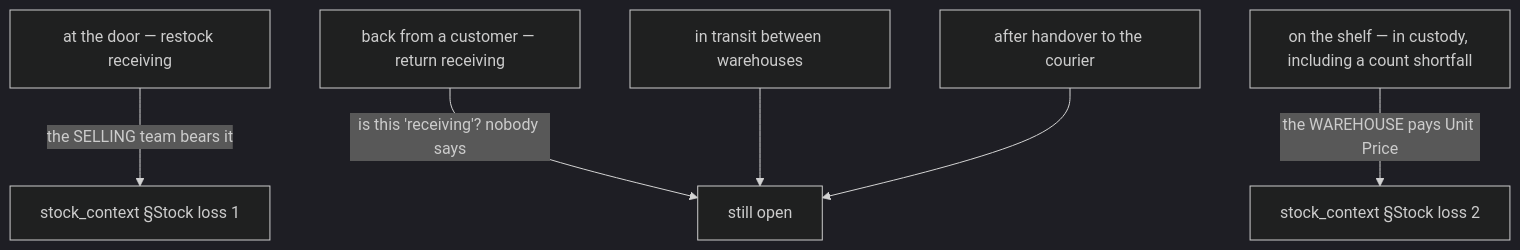
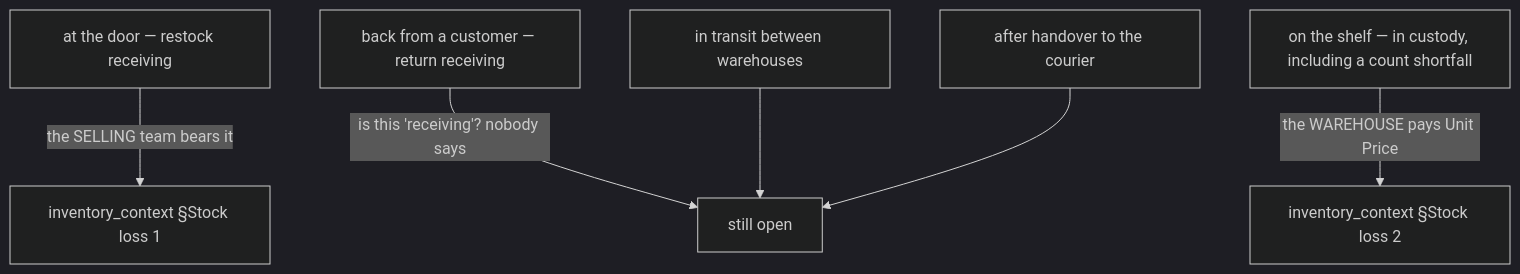
Before and after one commit to pdcgo/warehouse_revamp: the second of 5 diagrams in docs/business/business_level_clarify.md, drawn with Mermaid (dark theme). The commit also changed other lines of this file and 24 other files, not shown here.

````diff
--- a/docs/business/business_level_clarify.md
+++ b/docs/business/business_level_clarify.md
@@ -135,8 +135,8 @@
 ```mermaid
 flowchart TB
-  R["at the door — restock receiving"] -->|"the SELLING team bears it"| S1["stock_context §Stock loss 1"]
+  R["at the door — restock receiving"] -->|"the SELLING team bears it"| S1["inventory_context §Stock loss 1"]
   B["back from a customer — return receiving"] -->|"is this 'receiving'? nobody says"| U["still open"]
-  C["on the shelf — in custody, including a count shortfall"] -->|"the WAREHOUSE pays Unit Price"| S2["stock_context §Stock loss 2"]
+  C["on the shelf — in custody, including a count shortfall"] -->|"the WAREHOUSE pays Unit Price"| S2["inventory_context §Stock loss 2"]
   T["in transit between warehouses"] --> U
   H["after handover to the courier"] --> U
 ```
````
